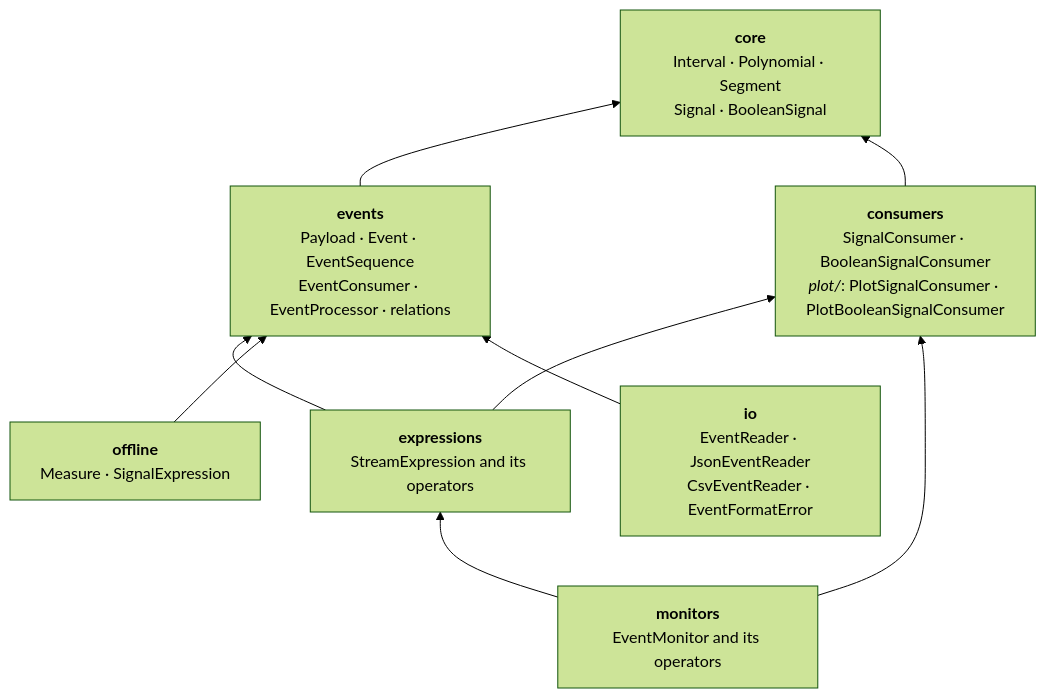
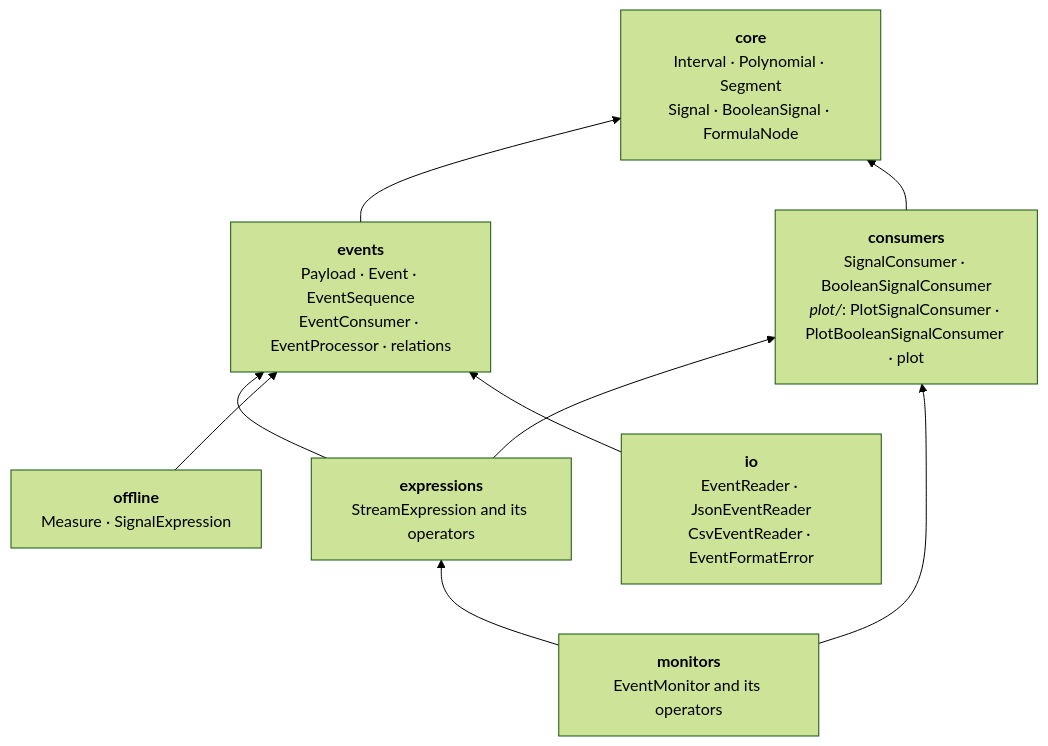
The first of 5 diagrams in docs/architecture.md (quasylab/CyTLMonitor), drawn with Mermaid (forest theme) before and after one commit. The commit also changed other lines of this file and 41 other files, not shown here.

````diff
--- a/docs/architecture.md
+++ b/docs/architecture.md
@@ -8,18 +8,18 @@
 ```mermaid
 flowchart BT
-    core["<b>core</b><br/>Interval · Polynomial · Segment<br/>Signal · BooleanSignal"]
+    core["<b>core</b><br/>Interval · Polynomial · Segment<br/>Signal · BooleanSignal · FormulaNode"]
     events["<b>events</b><br/>Payload · Event · EventSequence<br/>EventConsumer · EventProcessor · relations"]
-    consumers["<b>consumers</b><br/>SignalConsumer · BooleanSignalConsumer<br/><i>plot/</i>: PlotSignalConsumer · PlotBooleanSignalConsumer"]
+    consumers["<b>consumers</b><br/>SignalConsumer · BooleanSignalConsumer<br/><i>plot/</i>: PlotSignalConsumer · PlotBooleanSignalConsumer · plot"]
     expressions["<b>expressions</b><br/>StreamExpression and its operators"]
     monitors["<b>monitors</b><br/>EventMonitor and its operators"]
     offline["<b>offline</b><br/>Measure · SignalExpression"]
     io["<b>io</b><br/>EventReader · JsonEventReader<br/>CsvEventReader · EventFormatError"]
     events --> core
     consumers --> core
     expressions --> events
     expressions --> consumers
     monitors --> expressions
     monitors --> consumers
     offline --> events
     io --> events
 ```
````
